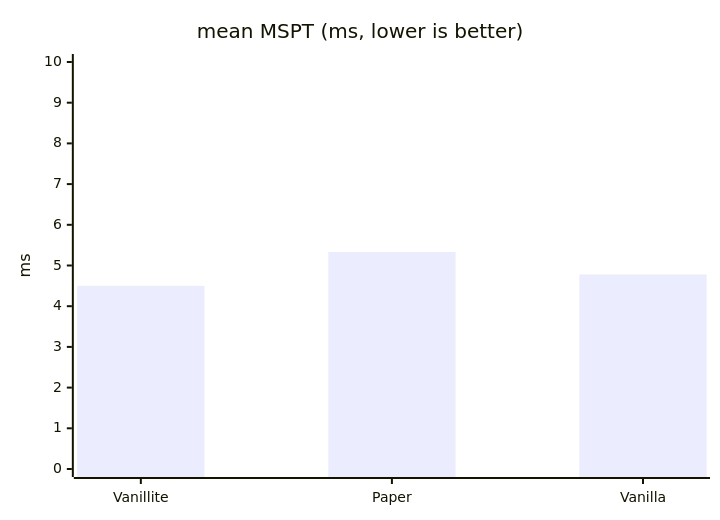
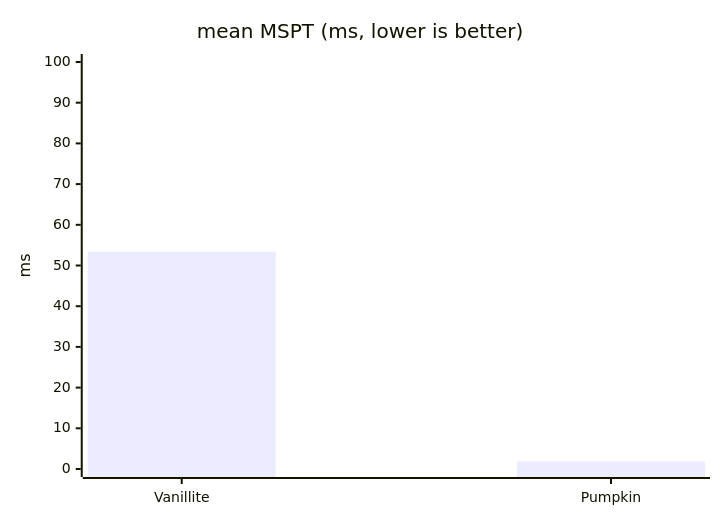
One commit to hthoene/Vanillite changed the fifth of 15 diagrams in benchmarks/README.md. Above: the diagram before and after it, drawn with Mermaid. The commit also changed other lines of this file and 6 other files, not shown here.

````diff
--- a/benchmarks/README.md
+++ b/benchmarks/README.md
@@ -170,7 +173,7 @@
 ```mermaid
 xychart-beta
     title "mean MSPT (ms, lower is better)"
-    x-axis ["Vanillite", "Paper", "Vanilla"]
-    y-axis "ms" 0 --> 10
-    bar [4.5, 5.33, 4.78]
+    x-axis ["Vanillite", "Pumpkin"]
+    y-axis "ms" 0 --> 100
+    bar [53.39, 1.87]
 ```
````
